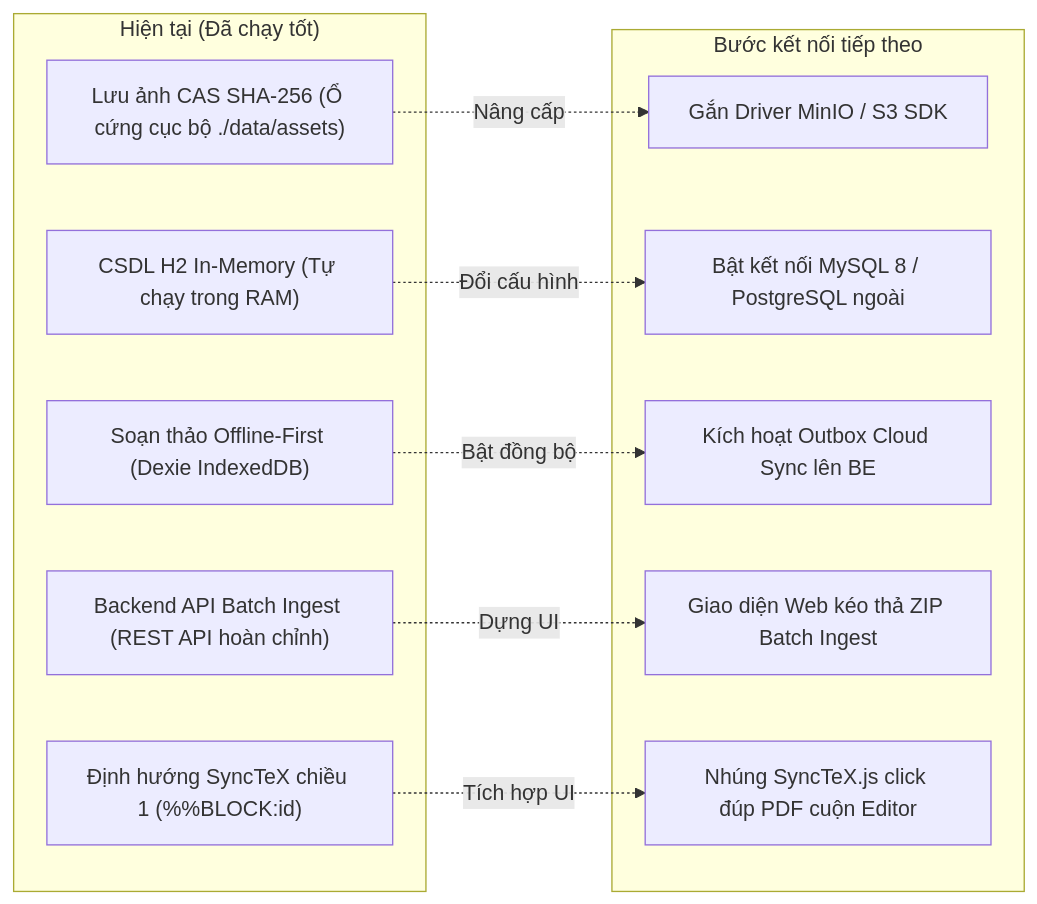
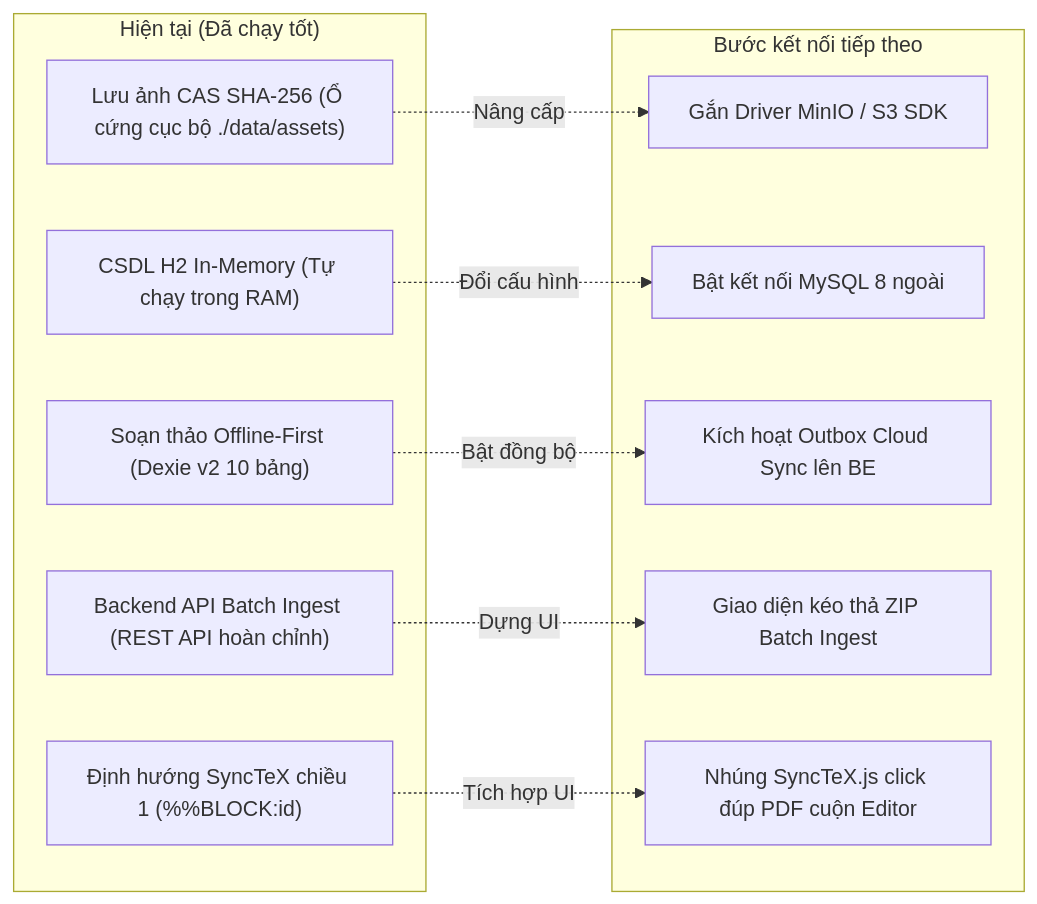
The second of 2 diagrams in docs/Audit/BAO_CAO_DOI_CHIEU_KIEN_TRUC_V2.md (PhiHungVo00/StructPaper), drawn with Mermaid before and after one commit. The commit also changed other lines of this file, not shown here.

Commit message:
docs(audit): update architectural audit report v2 with 49-page PDF specs, 3-tier profiles, and new UI hubs

````diff
--- a/docs/Audit/BAO_CAO_DOI_CHIEU_KIEN_TRUC_V2.md
+++ b/docs/Audit/BAO_CAO_DOI_CHIEU_KIEN_TRUC_V2.md
@@ -143,22 +164,22 @@
 ```mermaid
 flowchart LR
     subgraph DoneNow["Hiện tại (Đã chạy tốt)"]
         F1["Lưu ảnh CAS SHA-256 (Ổ cứng cục bộ ./data/assets)"]
         F2["CSDL H2 In-Memory (Tự chạy trong RAM)"]
-        F3["Soạn thảo Offline-First (Dexie IndexedDB)"]
+        F3["Soạn thảo Offline-First (Dexie v2 10 bảng)"]
         F4["Backend API Batch Ingest (REST API hoàn chỉnh)"]
         F5["Định hướng SyncTeX chiều 1 (%%BLOCK:id)"]
     end
     subgraph NextStep["Bước kết nối tiếp theo"]
         N1["Gắn Driver MinIO / S3 SDK"]
-        N2["Bật kết nối MySQL 8 / PostgreSQL ngoài"]
+        N2["Bật kết nối MySQL 8 ngoài"]
         N3["Kích hoạt Outbox Cloud Sync lên BE"]
-        N4["Giao diện Web kéo thả ZIP Batch Ingest"]
+        N4["Giao diện kéo thả ZIP Batch Ingest"]
         N5["Nhúng SyncTeX.js click đúp PDF cuộn Editor"]
     end
     F1 -.->|Nâng cấp| N1
     F2 -.->|Đổi cấu hình| N2
     F3 -.->|Bật đồng bộ| N3
     F4 -.->|Dựng UI| N4
     F5 -.->|Tích hợp UI| N5
 ```
````
